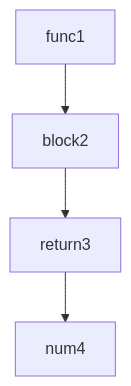
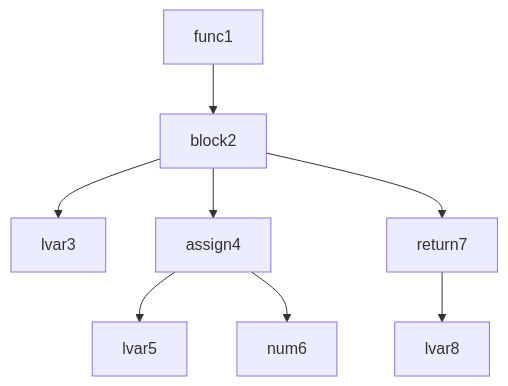
Before and after one commit to yryrgogo/cc-learning: the diagram in ast_graph.md, drawn with Mermaid. The commit also changed 4 other files, not shown here.

Commit message:
ミニマムで Aのら mermaid を出力できるようにした

````diff
--- a/ast_graph.md
+++ b/ast_graph.md
@@ -1,14 +1,29 @@
 ```mermaid
 flowchart TB
+
 func1[func1]
 block2[block2]
 func1 --> block2
 
-return3[return3]
-block2 --> return3
+lvar3[lvar3]
+block2 --> lvar3
 
-num4[num4]
-return3 --> num4
+
+assign4[assign4]
+block2 --> assign4
+
+lvar5[lvar5]
+assign4 --> lvar5
+
+num6[num6]
+assign4 --> num6
+
+
+return7[return7]
+block2 --> return7
+
+lvar8[lvar8]
+return7 --> lvar8
 
 %% gen_graph
 ```
````
